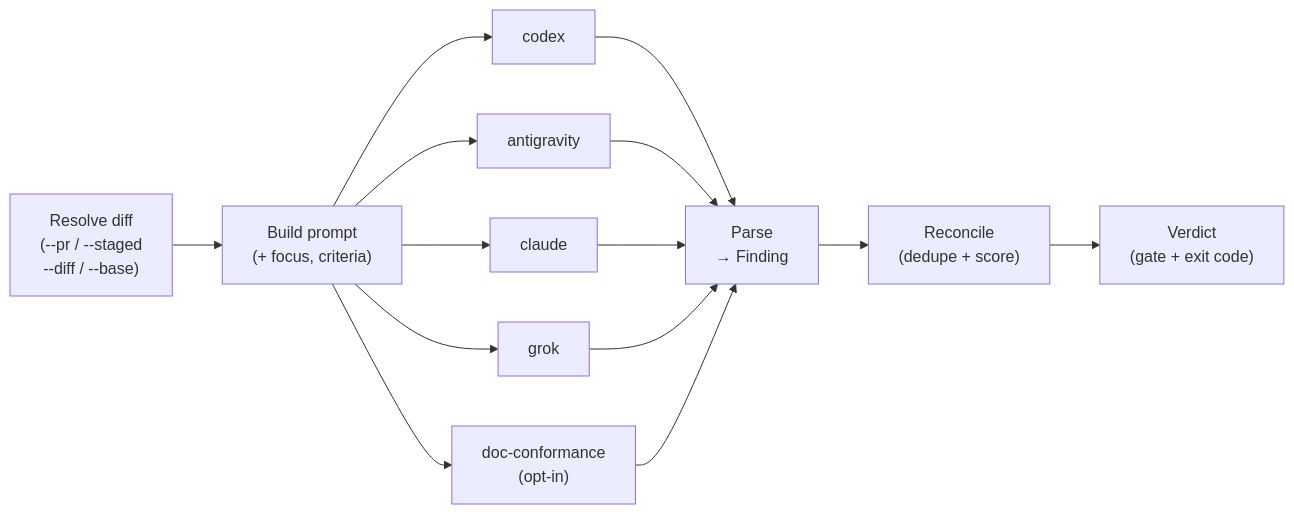
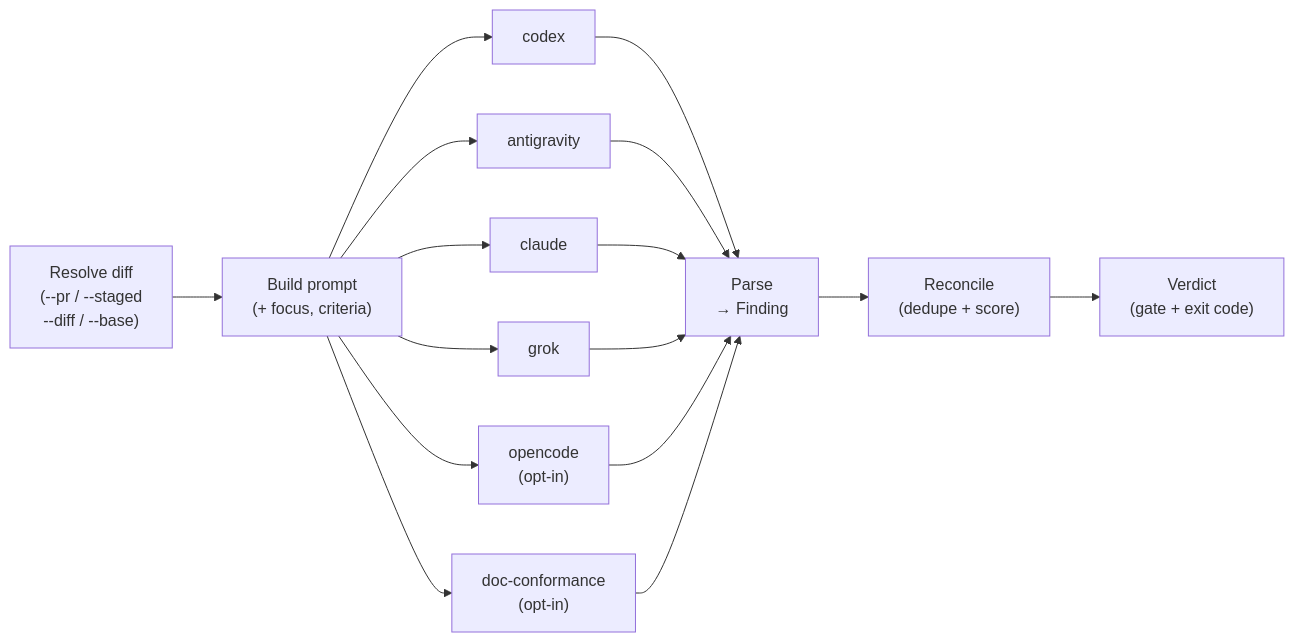
The diagram in content/guides/mmr/index.md (zigrivers/scaffold), drawn with Mermaid before and after one commit. The commit also changed other lines of this file and 31 other files, not shown here.

````diff
--- a/content/guides/mmr/index.md
+++ b/content/guides/mmr/index.md
@@ -40,23 +40,26 @@
 ```mermaid
 flowchart LR
   R["Resolve diff
 (--pr / --staged
 --diff / --base)"] --> B["Build prompt
 (+ focus, criteria)"]
   B --> C1["codex"]
   B --> C2["antigravity"]
   B --> C3["claude"]
   B --> C4["grok"]
-  B --> C5["doc-conformance
+  B --> C5["opencode
+(opt-in)"]
+  B --> C6["doc-conformance
 (opt-in)"]
   C1 --> P["Parse
 → Finding"]
   C2 --> P
   C3 --> P
   C4 --> P
   C5 --> P
+  C6 --> P
   P --> RC["Reconcile
 (dedupe + score)"]
   RC --> V["Verdict
 (gate + exit code)"]
 ```
````
